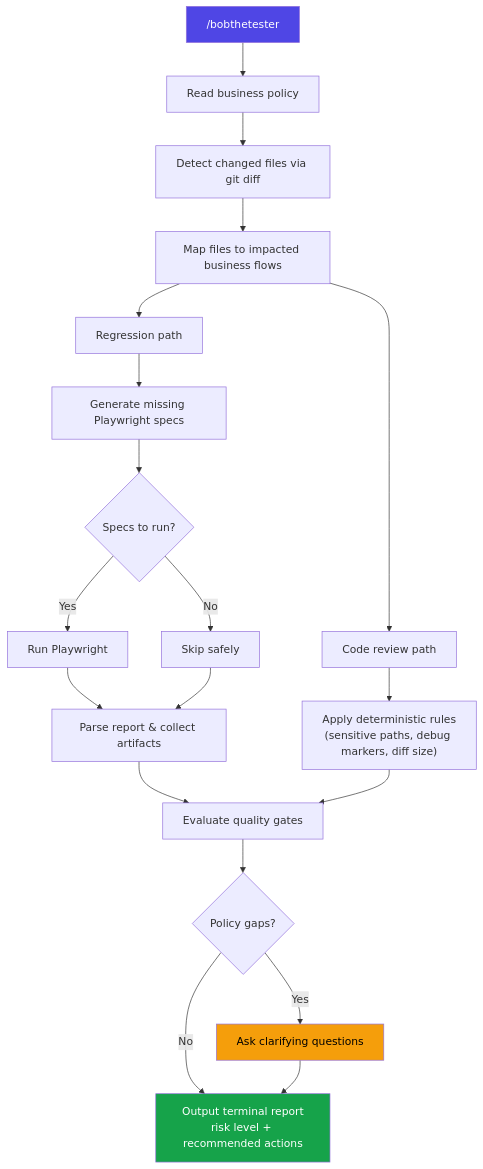
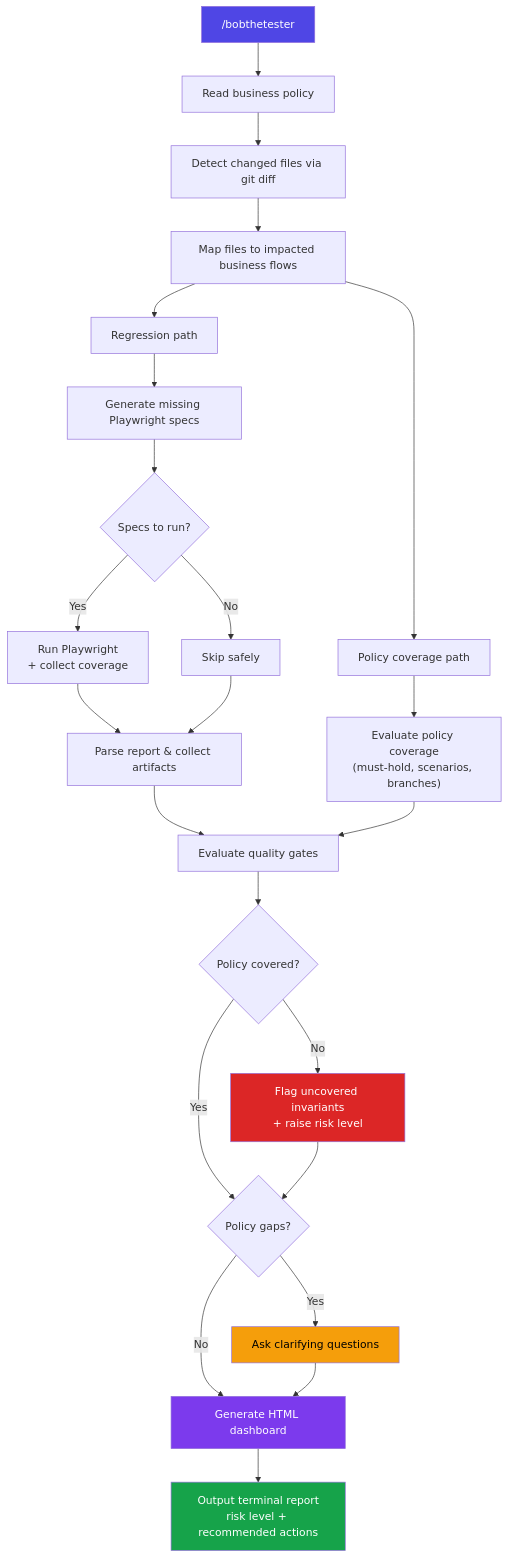
One commit to AlbertoSardo/BobTheTester changed the diagram in README.md. Above: the diagram before and after it, drawn with Mermaid. The commit also changed other lines of this file and 11 other files, not shown here.

First line of the commit message:
feat(milestone-14): policy coverage review, interactive HTML dashboard, and input flexibility

````diff
--- a/README.md
+++ b/README.md
@@ -9,30 +9,36 @@
 ```mermaid
 flowchart TD
     A["/bobthetester"] --> B["Read business policy"]
     B --> C["Detect changed files via git diff"]
     C --> D["Map files to impacted business flows"]
 
     D --> E["Regression path"]
-    D --> F["Code review path"]
+    D --> F["Policy coverage path"]
 
     E --> G["Generate missing Playwright specs"]
     G --> H{"Specs to run?"}
-    H -- Yes --> I["Run Playwright"]
+    H -- Yes --> I["Run Playwright\n+ collect coverage"]
     H -- No --> J["Skip safely"]
     I --> K["Parse report & collect artifacts"]
     J --> K
 
-    F --> L["Apply deterministic rules\n(sensitive paths, debug markers, diff size)"]
+    F --> L["Evaluate policy coverage\n(must-hold, scenarios, branches)"]
 
     K --> M["Evaluate quality gates"]
     L --> M
 
-    M --> N{"Policy gaps?"}
-    N -- Yes --> O["Ask clarifying questions"]
-    N -- No --> P["Output terminal report\nrisk level + recommended actions"]
-    O --> P
+    M --> N{"Policy covered?"}
+    N -- No --> Q["Flag uncovered invariants\n+ raise risk level"]
+    N -- Yes --> R{"Policy gaps?"}
+    Q --> R
+    R -- Yes --> O["Ask clarifying questions"]
+    R -- No --> S["Generate HTML dashboard"]
+    O --> S
+    S --> P["Output terminal report\nrisk level + recommended actions"]
 
     style A fill:#4f46e5,color:#fff
     style P fill:#16a34a,color:#fff
     style O fill:#f59e0b,color:#000
+    style Q fill:#dc2626,color:#fff
+    style S fill:#7c3aed,color:#fff
 ```
````
